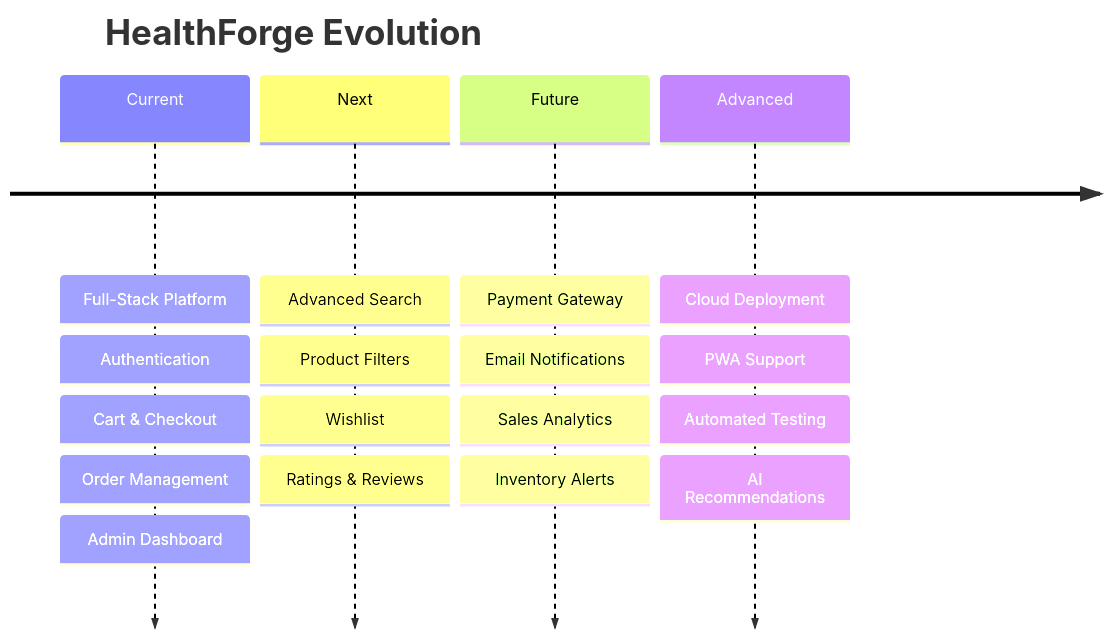
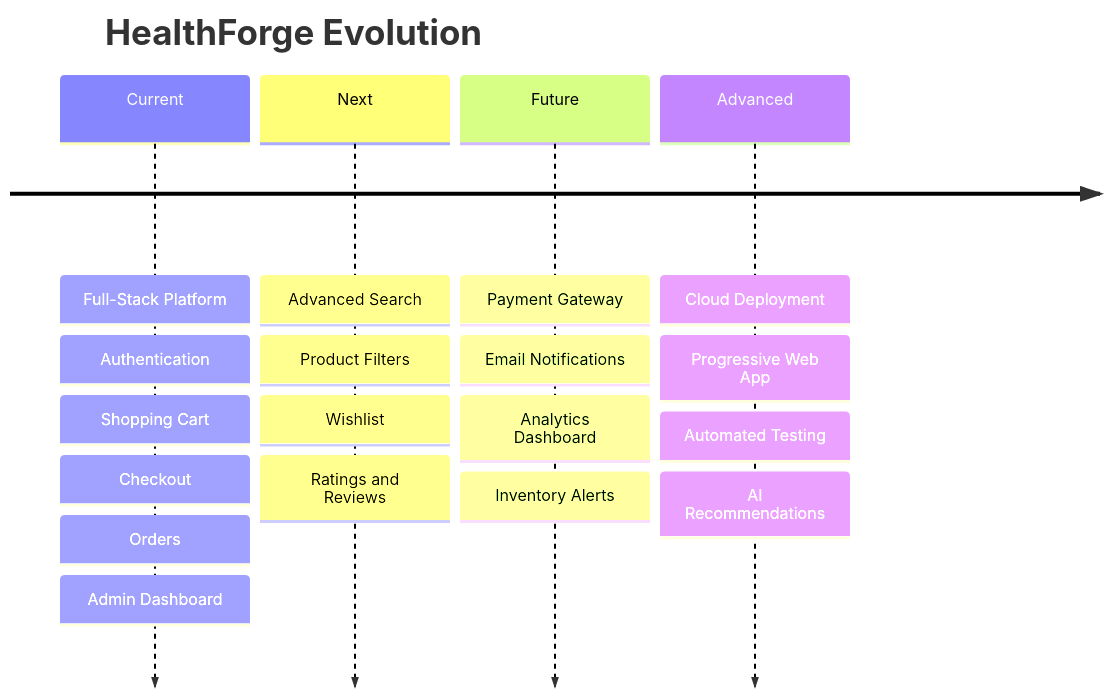
Before and after one commit to Ahamed369/HealthForge-Fitness-Web-Application: the tenth of 10 diagrams in README.md, drawn with Mermaid. The commit also changed other lines of this file, not shown here.

````diff
--- a/README.md
+++ b/README.md
@@ -762,29 +1020,30 @@
 ```mermaid
 timeline
     title HealthForge Evolution
 
     Current
       : Full-Stack Platform
       : Authentication
-      : Cart & Checkout
-      : Order Management
+      : Shopping Cart
+      : Checkout
+      : Orders
       : Admin Dashboard
 
     Next
       : Advanced Search
       : Product Filters
       : Wishlist
-      : Ratings & Reviews
+      : Ratings and Reviews
 
     Future
       : Payment Gateway
       : Email Notifications
-      : Sales Analytics
+      : Analytics Dashboard
       : Inventory Alerts
 
     Advanced
       : Cloud Deployment
-      : PWA Support
+      : Progressive Web App
       : Automated Testing
       : AI Recommendations
 ```
````
